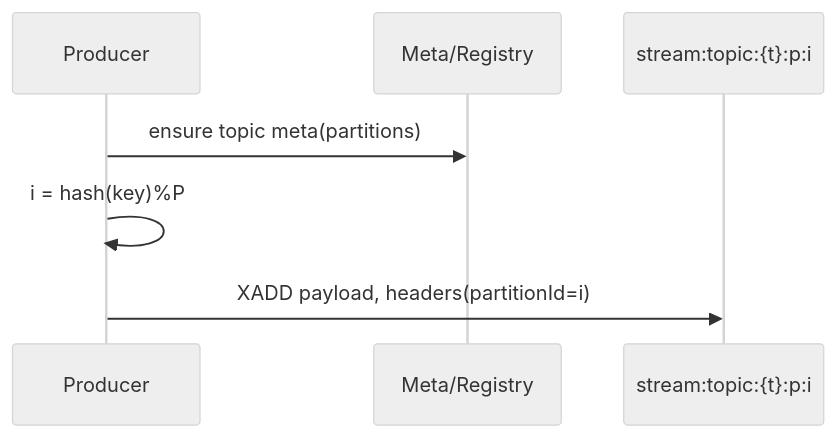
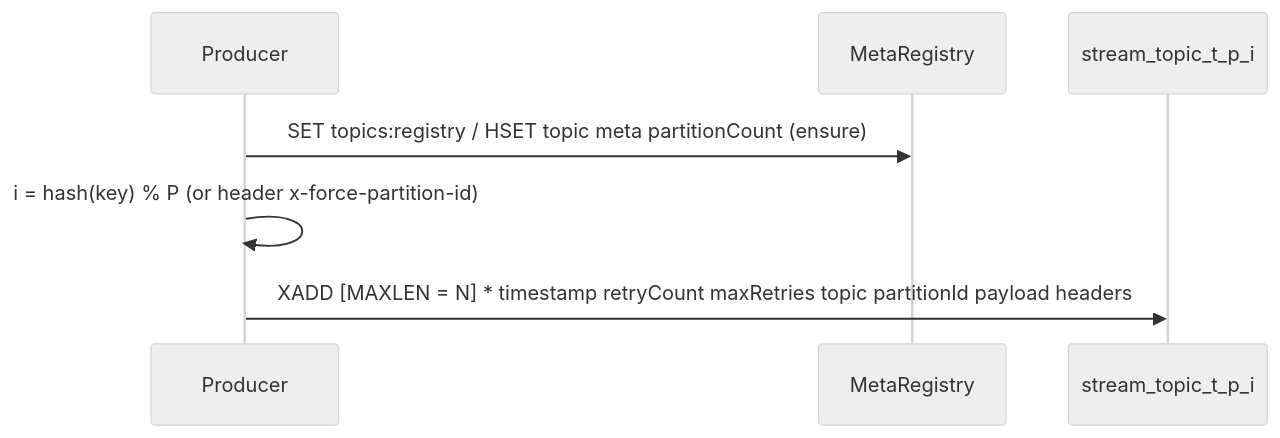
One commit to cuihairu/redis-streaming changed the first of 3 diagrams in docs/en/MQ-Broker-Interaction-en.md. Above: the diagram before and after it, drawn with Mermaid (neutral theme). The commit also changed other lines of this file and 4 other files, not shown here.

````diff
--- a/docs/en/MQ-Broker-Interaction-en.md
+++ b/docs/en/MQ-Broker-Interaction-en.md
@@ -30,9 +55,9 @@
 ```mermaid
 sequenceDiagram
   participant P as Producer
-  participant M as Meta/Registry
-  participant S as stream:topic:{t}:p:i
-  P->>M: ensure topic meta(partitions)
-  P->>P: i = hash(key)%P
-  P->>S: XADD payload, headers(partitionId=i)
+  participant M as MetaRegistry
+  participant S as stream_topic_t_p_i
+  P->>M: SET topics:registry / HSET topic meta partitionCount (ensure)
+  P->>P: i = hash(key) % P (or header x-force-partition-id)
+  P->>S: XADD [MAXLEN = N] * timestamp retryCount maxRetries topic partitionId payload headers
 ```
````
